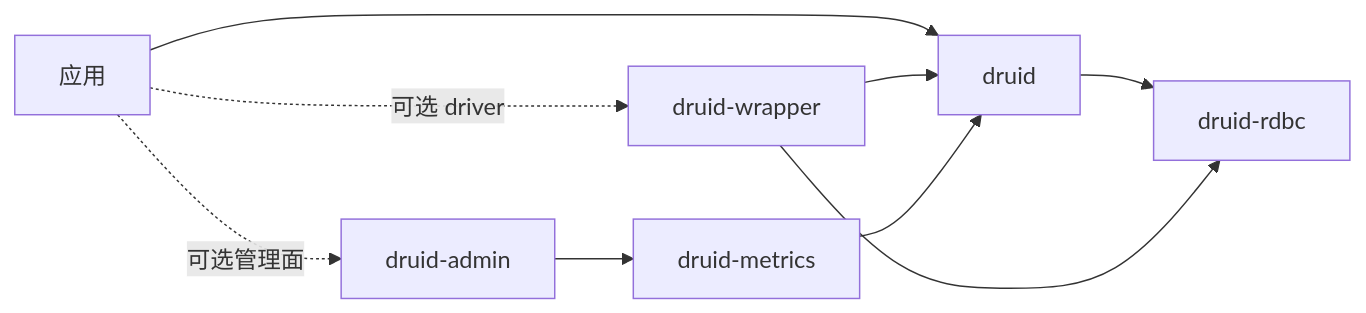
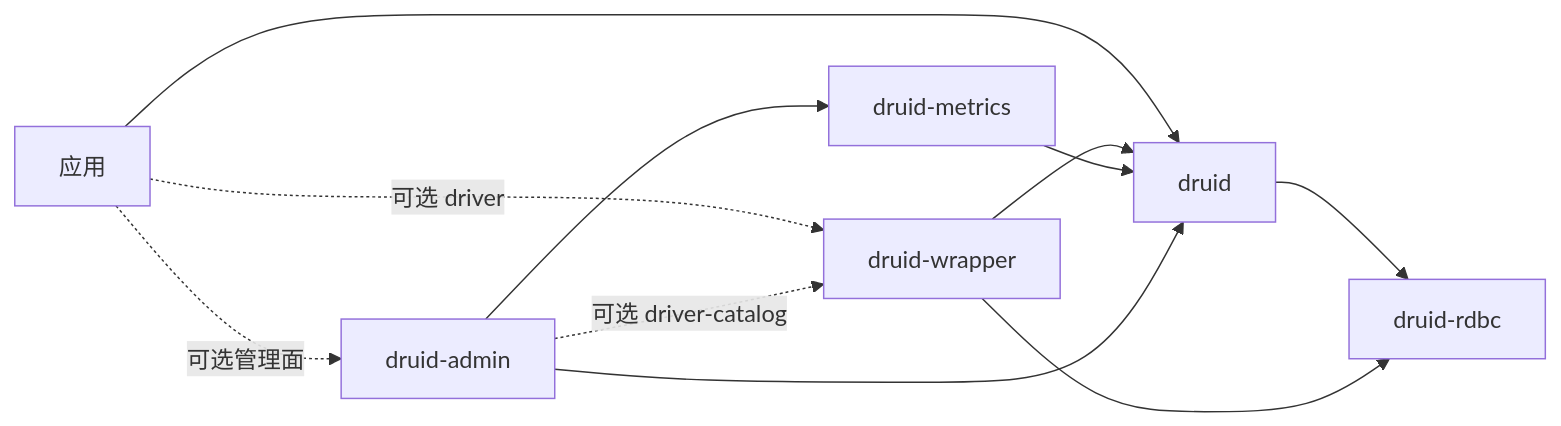
One commit to easy-4-rust/druid-rust changed the second of 7 diagrams in docs/druid-rust-Architecture.zh_CN.md. Above: the diagram before and after it, drawn with Mermaid. The commit also changed other lines of this file and 1384 other files, not shown here.

````diff
--- a/docs/druid-rust-Architecture.zh_CN.md
+++ b/docs/druid-rust-Architecture.zh_CN.md
@@ -118,11 +132,13 @@
 ```mermaid
 flowchart LR
     App["应用"] --> Druid["druid"]
     App -. "可选 driver" .-> Wrapper["druid-wrapper"]
     App -. "可选管理面" .-> Admin["druid-admin"]
     Druid --> Rdbc["druid-rdbc"]
     Wrapper --> Rdbc
     Wrapper --> Druid
     Metrics["druid-metrics"] --> Druid
     Admin --> Metrics
+    Admin --> Druid
+    Admin -. "可选 driver-catalog" .-> Wrapper
 ```
````
